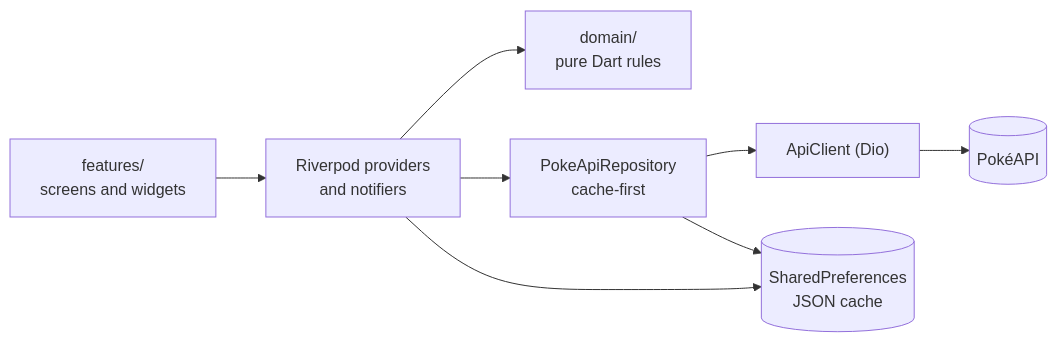
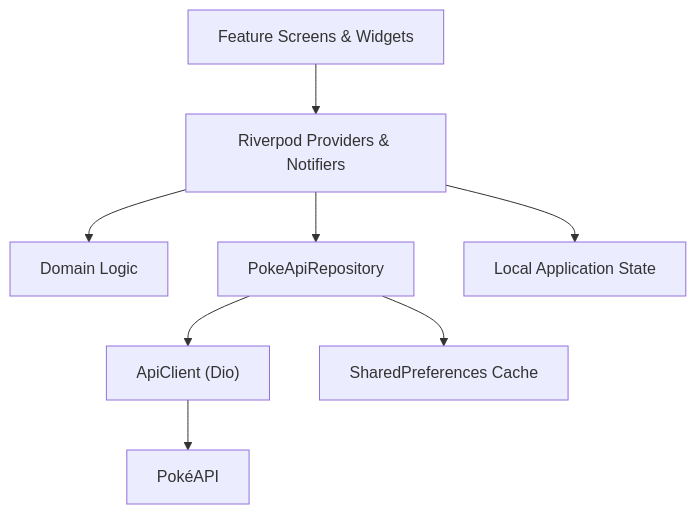
One commit to ShakyaJU/pokepod changed the diagram in README.md. Above: the diagram before and after it, drawn with Mermaid. The commit also changed other lines of this file, not shown here.

````diff
--- a/README.md
+++ b/README.md
@@ -381,10 +406,19 @@
 ```mermaid
-flowchart LR
-    UI["features/<br/>screens and widgets"] --> P["Riverpod providers<br/>and notifiers"]
-    P --> D["domain/<br/>pure Dart rules"]
-    P --> R["PokeApiRepository<br/>cache-first"]
-    R --> C["ApiClient (Dio)"]
-    C --> API[("PokéAPI")]
-    R --> S[("SharedPreferences<br/>JSON cache")]
-    P --> S
+flowchart TD
+    UI["Feature Screens & Widgets"]
+    STATE["Riverpod Providers & Notifiers"]
+    DOMAIN["Domain Logic"]
+    REPO["PokeApiRepository"]
+    API["ApiClient (Dio)"]
+    POKE["PokéAPI"]
+    CACHE["SharedPreferences Cache"]
+    LOCAL["Local Application State"]
+
+    UI --> STATE
+    STATE --> DOMAIN
+    STATE --> REPO
+    REPO --> API
+    API --> POKE
+    REPO --> CACHE
+    STATE --> LOCAL
 ```
````
